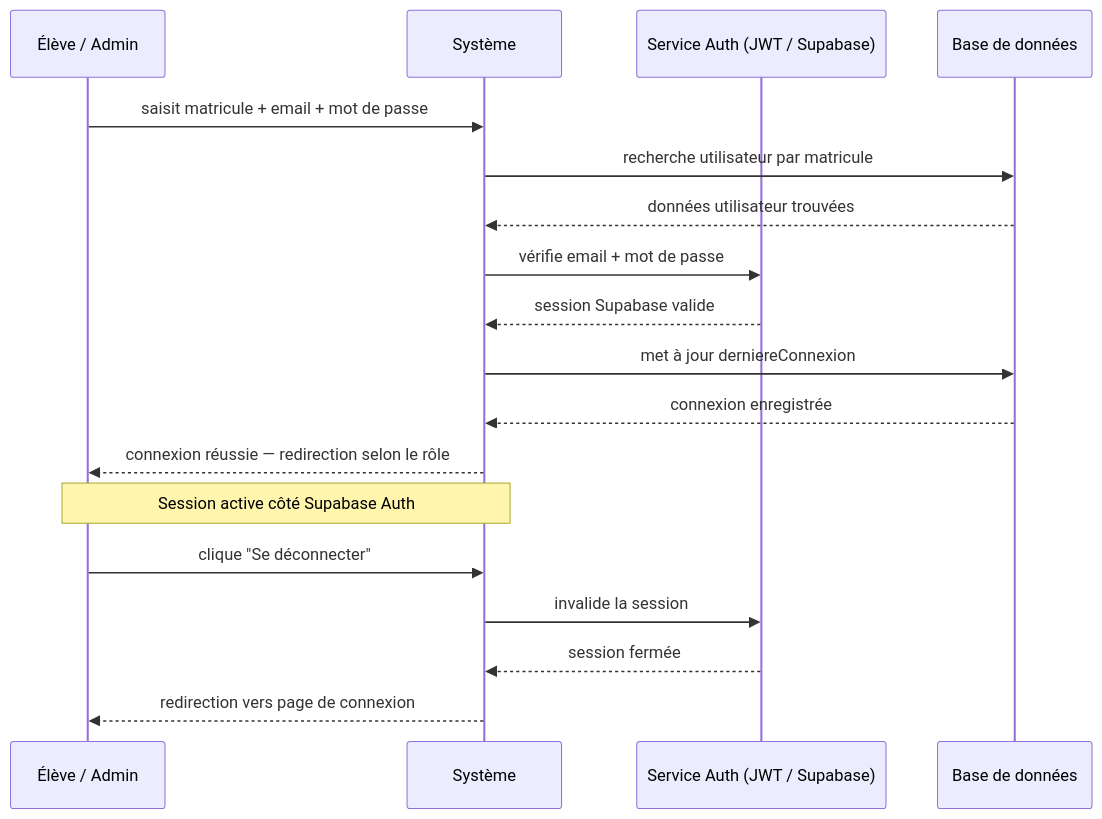
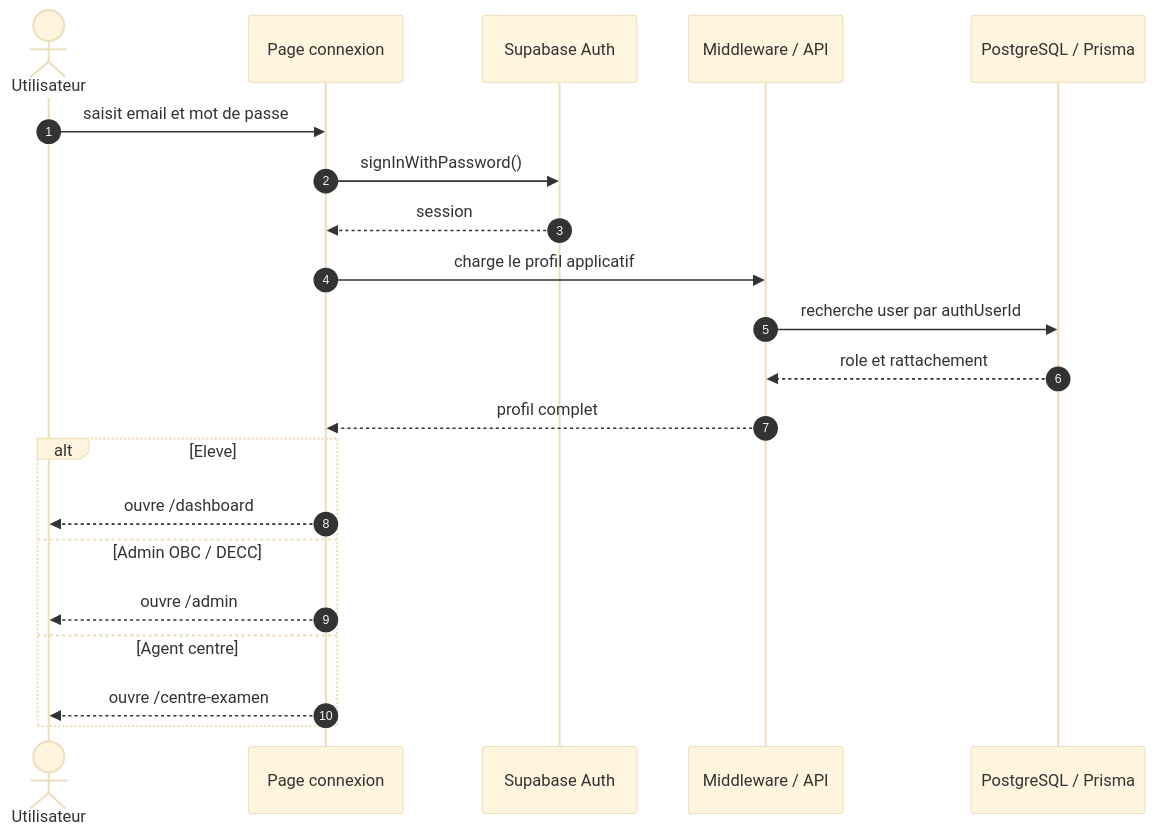
One commit to yoppanjikamf/application-demande-document-academique changed the diagram in docs/diagrammes-mermaid/sequence-02-connexion-v2.mmd. Above: the diagram before and after it, drawn with Mermaid. The commit also changed 445 other files, not shown here.

```diff
--- a/docs/diagrammes-mermaid/sequence-02-connexion-v2.mmd
+++ b/docs/diagrammes-mermaid/sequence-02-connexion-v2.mmd
@@ -1,19 +1,23 @@
+%%{init: {"theme": "base", "themeVariables": {"fontFamily": "Arial", "fontSize": "20px"}}}%%
 sequenceDiagram
-    participant Eleve as Élève / Admin
-    participant Systeme as Système
-    participant Auth as Service Auth (JWT / Supabase)
-    participant BDD as Base de données
+    autonumber
+    actor Utilisateur
+    participant UI as Page connexion
+    participant Auth as Supabase Auth
+    participant API as Middleware / API
+    participant DB as PostgreSQL / Prisma
 
-    Eleve->>Systeme: saisit matricule + email + mot de passe
-    Systeme->>BDD: recherche utilisateur par matricule
-    BDD-->>Systeme: données utilisateur trouvées
-    Systeme->>Auth: vérifie email + mot de passe
-    Auth-->>Systeme: session Supabase valide
-    Systeme->>BDD: met à jour derniereConnexion
-    BDD-->>Systeme: connexion enregistrée
-    Systeme-->>Eleve: connexion réussie — redirection selon le rôle
-    Note over Eleve,Systeme: Session active côté Supabase Auth
-    Eleve->>Systeme: clique "Se déconnecter"
-    Systeme->>Auth: invalide la session
-    Auth-->>Systeme: session fermée
-    Systeme-->>Eleve: redirection vers page de connexion
+    Utilisateur->>UI: saisit email et mot de passe
+    UI->>Auth: signInWithPassword()
+    Auth-->>UI: session
+    UI->>API: charge le profil applicatif
+    API->>DB: recherche user par authUserId
+    DB-->>API: role et rattachement
+    API-->>UI: profil complet
+    alt Eleve
+        UI-->>Utilisateur: ouvre /dashboard
+    else Admin OBC / DECC
+        UI-->>Utilisateur: ouvre /admin
+    else Agent centre
+        UI-->>Utilisateur: ouvre /centre-examen
+    end
```
